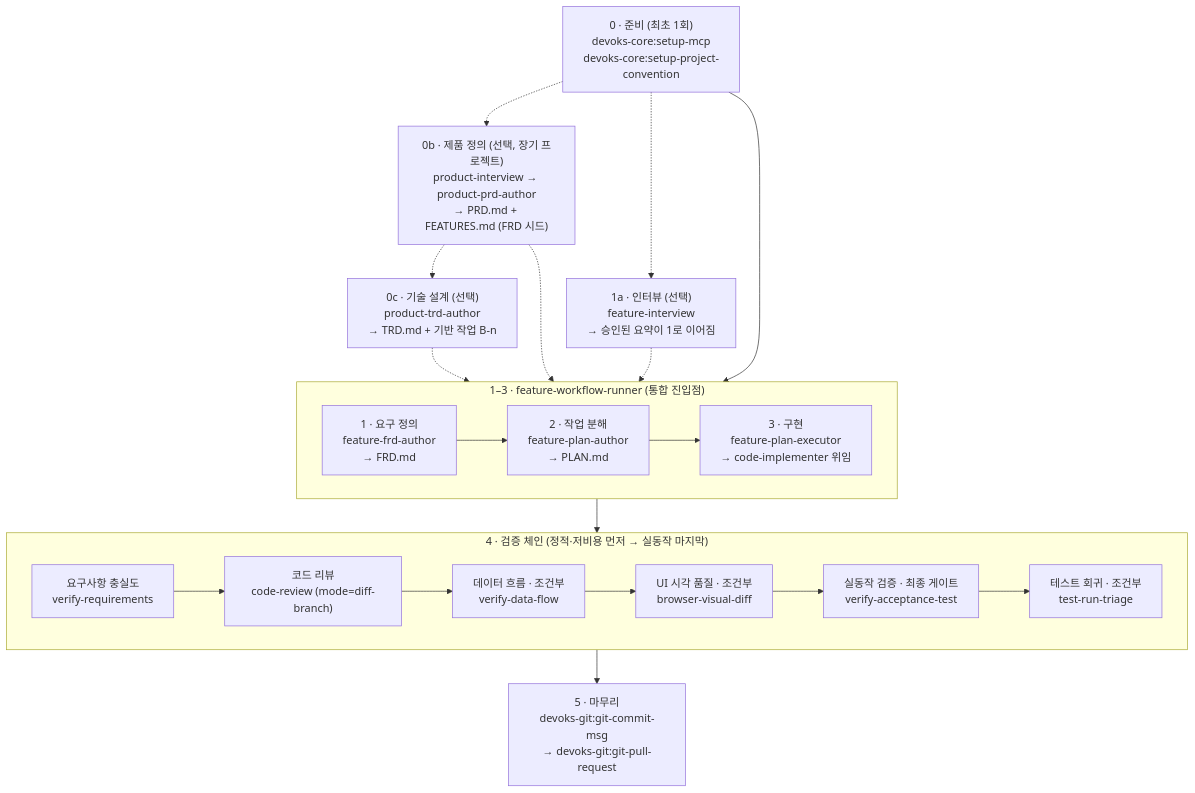
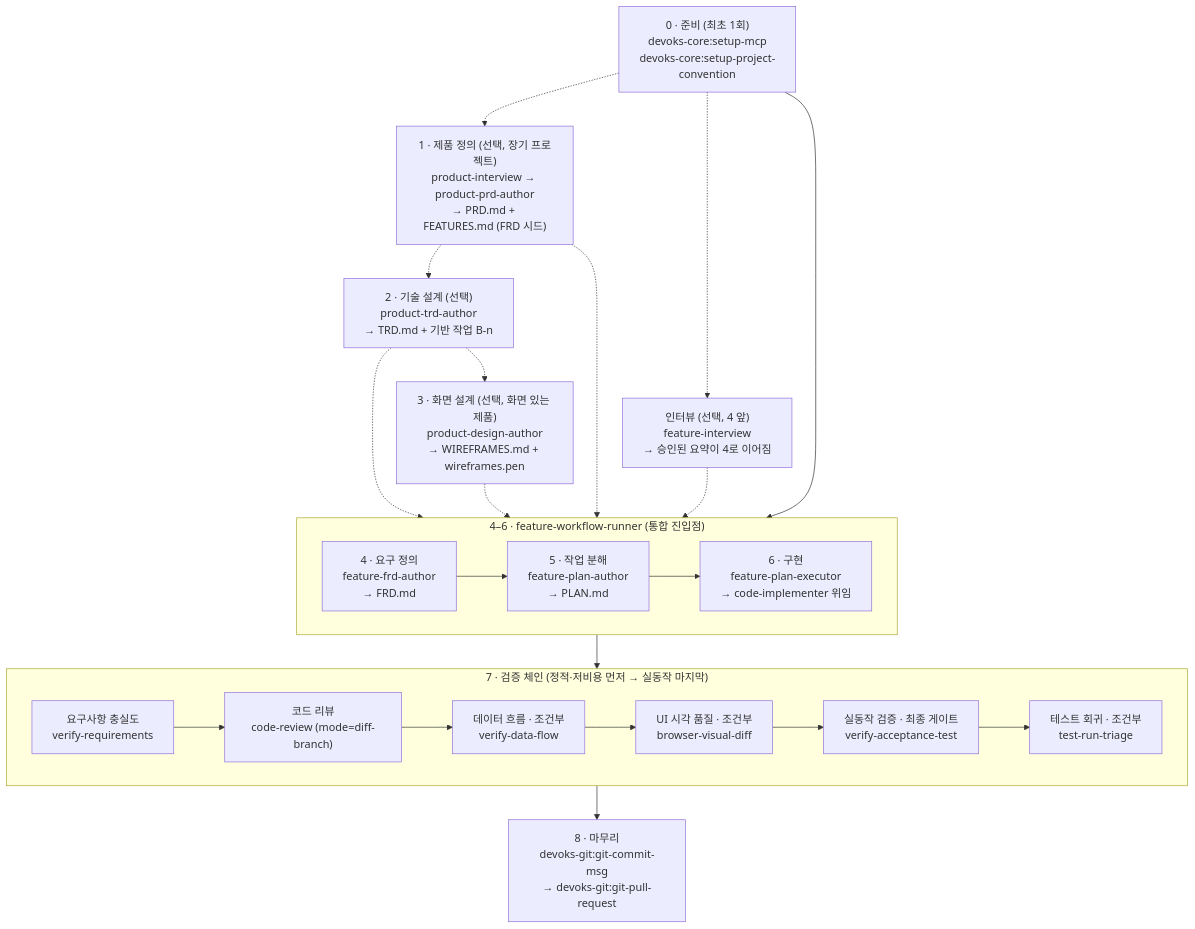
One commit to ridsync/devoks-team-harness changed the diagram in docs/README.ko.md. Above: the diagram before and after it, drawn with Mermaid. The commit also changed other lines of this file and 23 other files, not shown here.

First line of the commit message:
feat(devoks-sdlc): 화면 설계 단계 product-design-author 신설과 TRD UI 기반(디자인 시스템 방식) 추가

````diff
--- a/docs/README.ko.md
+++ b/docs/README.ko.md
@@ -108,41 +108,45 @@
 ```mermaid
 flowchart TD
     S["0 · 준비 (최초 1회)<br/>devoks-core:setup-mcp<br/>devoks-core:setup-project-convention"]
 
-    PRD["0b · 제품 정의 (선택, 장기 프로젝트)<br/>product-interview → product-prd-author<br/>→ PRD.md + FEATURES.md (FRD 시드)"]
+    PRD["1 · 제품 정의 (선택, 장기 프로젝트)<br/>product-interview → product-prd-author<br/>→ PRD.md + FEATURES.md (FRD 시드)"]
 
-    TRD["0c · 기술 설계 (선택)<br/>product-trd-author<br/>→ TRD.md + 기반 작업 B-n"]
+    TRD["2 · 기술 설계 (선택)<br/>product-trd-author<br/>→ TRD.md + 기반 작업 B-n"]
 
-    D["1a · 인터뷰 (선택)<br/>feature-interview<br/>→ 승인된 요약이 1로 이어짐"]
+    WF["3 · 화면 설계 (선택, 화면 있는 제품)<br/>product-design-author<br/>→ WIREFRAMES.md + wireframes.pen"]
 
-    subgraph BUILD["1–3 · feature-workflow-runner (통합 진입점)"]
+    D["인터뷰 (선택, 4 앞)<br/>feature-interview<br/>→ 승인된 요약이 4로 이어짐"]
+
+    subgraph BUILD["4–6 · feature-workflow-runner (통합 진입점)"]
         direction LR
-        F["1 · 요구 정의<br/>feature-frd-author<br/>→ FRD.md"]
-        P["2 · 작업 분해<br/>feature-plan-author<br/>→ PLAN.md"]
-        I["3 · 구현<br/>feature-plan-executor<br/>→ code-implementer 위임"]
+        F["4 · 요구 정의<br/>feature-frd-author<br/>→ FRD.md"]
+        P["5 · 작업 분해<br/>feature-plan-author<br/>→ PLAN.md"]
+        I["6 · 구현<br/>feature-plan-executor<br/>→ code-implementer 위임"]
         F --> P --> I
     end
 
-    subgraph VERIFY["4 · 검증 체인 (정적·저비용 먼저 → 실동작 마지막)"]
+    subgraph VERIFY["7 · 검증 체인 (정적·저비용 먼저 → 실동작 마지막)"]
         direction LR
         V1["요구사항 충실도<br/>verify-requirements"]
         V2["코드 리뷰<br/>code-review (mode=diff-branch)"]
         V3["데이터 흐름 · 조건부<br/>verify-data-flow"]
         V4["UI 시각 품질 · 조건부<br/>browser-visual-diff"]
         V5["실동작 검증 · 최종 게이트<br/>verify-acceptance-test"]
         V6["테스트 회귀 · 조건부<br/>test-run-triage"]
         V1 --> V2 --> V3 --> V4 --> V5 --> V6
     end
 
-    C["5 · 마무리<br/>devoks-git:git-commit-msg<br/>→ devoks-git:git-pull-request"]
+    C["8 · 마무리<br/>devoks-git:git-commit-msg<br/>→ devoks-git:git-pull-request"]
 
     S --> BUILD
     S -.-> PRD
     PRD -.-> TRD
     TRD -.-> F
+    TRD -.-> WF
+    WF -.-> F
     PRD -.-> F
     S -.-> D
     D -.-> F
     BUILD --> VERIFY
     VERIFY --> C
 ```
````
